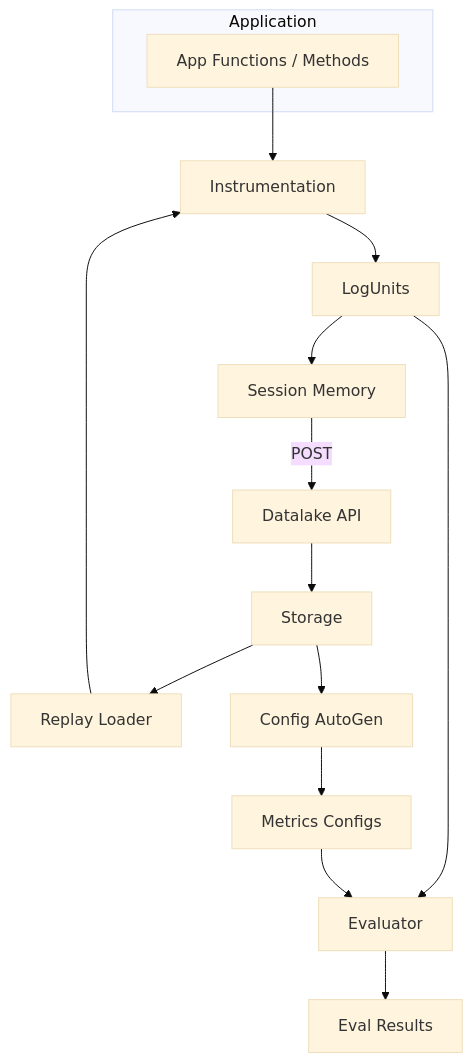
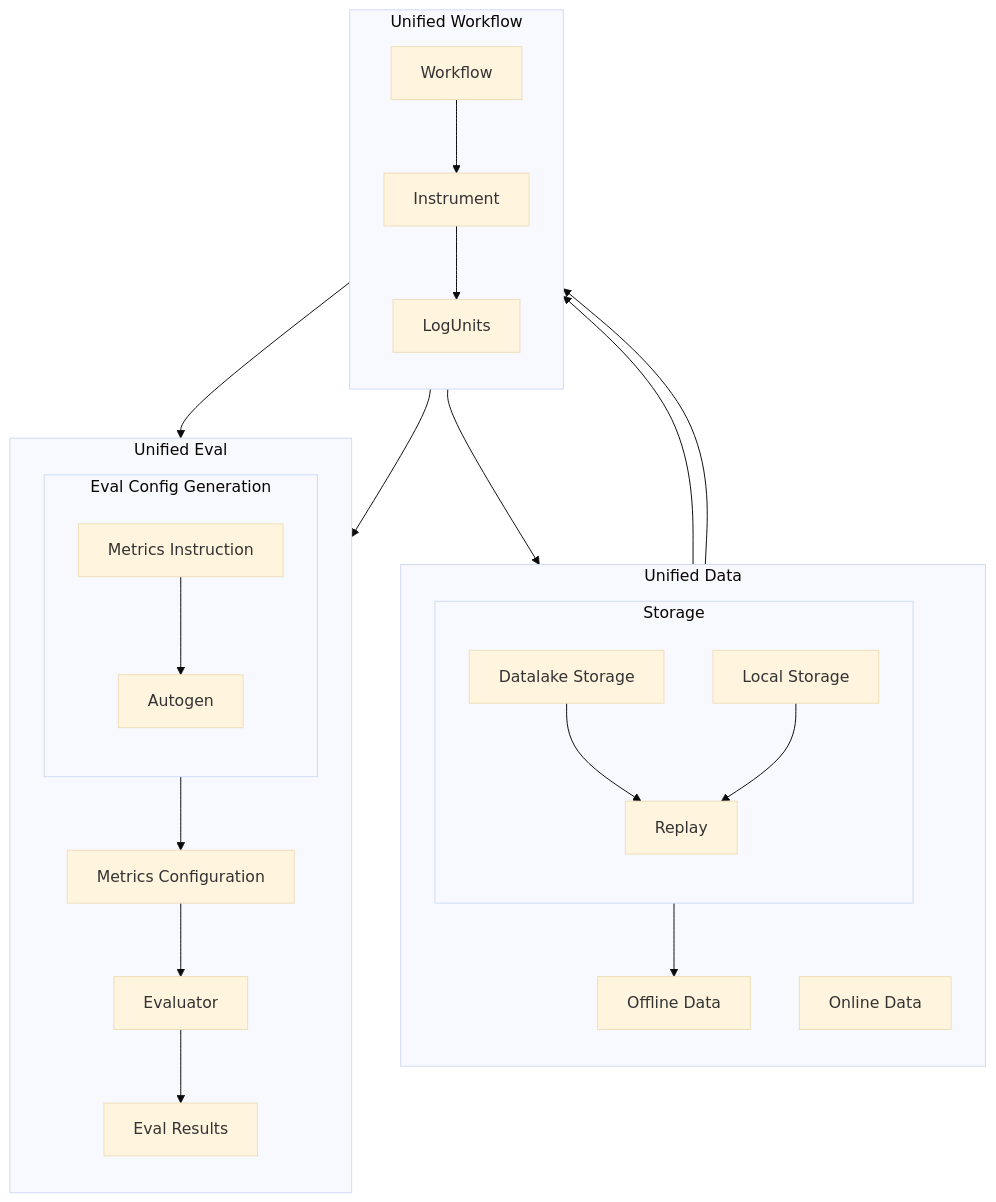
One commit to wcpeter1988/instrument changed the third of 4 diagrams in design.md. Above: the diagram before and after it, drawn with Mermaid (base theme). The commit also changed other lines of this file and 43 other files, not shown here.

````diff
--- a/design.md
+++ b/design.md
@@ -22,18 +112,46 @@
 ```mermaid
 flowchart TD
-  subgraph Application
-    A[App Functions / Methods]
+  subgraph Data[Unified Data]
+    direction TB
+    subgraph Storage[Storage]
+        direction TB
+        Remote[Datalake Storage]
+        Local[Local Storage]
+        Replay[Replay]
+        Remote --> Replay
+        Local --> Replay
+    end
+    D[Offline Data]
+    OnlineData[Online Data]
+    Replay --> D
   end
-  A --> I[Instrumentation]
-  I --> U[LogUnits]
-  U --> S[Session Memory]
-  S -->|POST | D[Datalake API]
-  D --> F[Storage]
-  F --> R[Replay Loader]
-  F --> G[Config AutoGen]
-  G --> M[Metrics Configs]
-  U --> E[Evaluator]
-  M --> E
-  R --> I
-  E --> O[Eval Results]
+
+  subgraph Workflow[Unified Workflow]
+    direction TB
+    A[Workflow]
+    I[Instrument]
+    LU[LogUnits]
+    A --> I --> LU
+  end
+
+  D --> A
+  OnlineData --> A
+  LU --> Storage
+
+  subgraph Eval[Unified Eval]
+    direction TB
+    subgraph EvalConfigGenerator[Eval Config Generation]
+        direction TB
+        EvalInstruction[Metrics Instruction]
+        AG[Autogen]
+        EvalInstruction --> AG
+    end
+    VC[Metrics Configuration]
+    E[Evaluator]
+    LU --> AG
+    AG --> VC
+    VC --> E
+    LU --> E
+    E --> RSL[Eval Results]
+  end
 ```
````
